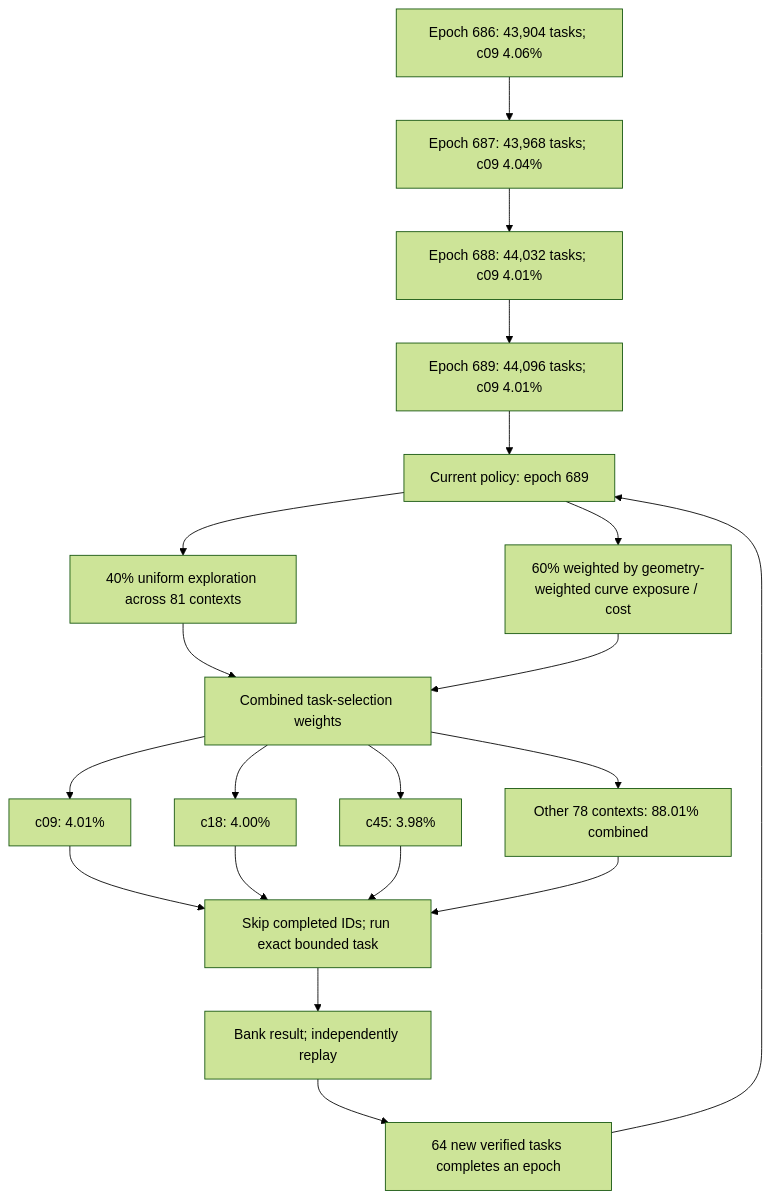
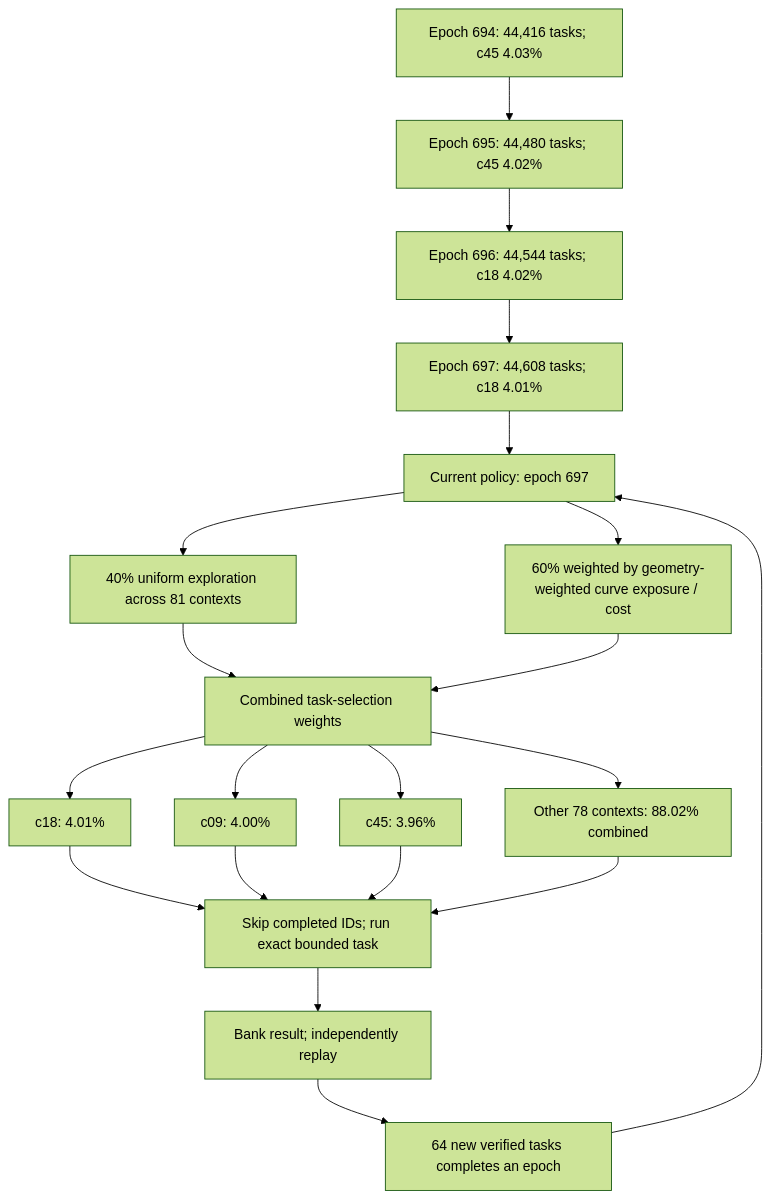
Before and after one commit to Kuberwastaken/math-gambling: the first of 3 diagrams in README.md, drawn with Mermaid (forest theme). The commit also changed other lines of this file and 1135 other files, not shown here.

````diff
--- a/README.md
+++ b/README.md
@@ -55,27 +55,27 @@
 ```mermaid
 flowchart TD
-    H0["Epoch 686: 43,904 tasks; c09 4.06%"]
-    H1["Epoch 687: 43,968 tasks; c09 4.04%"]
+    H0["Epoch 694: 44,416 tasks; c45 4.03%"]
+    H1["Epoch 695: 44,480 tasks; c45 4.02%"]
     H0 --> H1
-    H2["Epoch 688: 44,032 tasks; c09 4.01%"]
+    H2["Epoch 696: 44,544 tasks; c18 4.02%"]
     H1 --> H2
-    H3["Epoch 689: 44,096 tasks; c09 4.01%"]
+    H3["Epoch 697: 44,608 tasks; c18 4.01%"]
     H2 --> H3
-    Policy["Current policy: epoch 689"]
+    Policy["Current policy: epoch 697"]
     H3 --> Policy
     Policy --> Explore["40% uniform exploration across 81 contexts"]
     Policy --> Cost["60% weighted by geometry-weighted curve exposure / cost"]
     Explore --> Mix["Combined task-selection weights"]
     Cost --> Mix
-    Mix --> C0["c09: 4.01%"]
-    Mix --> C1["c18: 4.00%"]
-    Mix --> C2["c45: 3.98%"]
-    Mix --> Rest["Other 78 contexts: 88.01% combined"]
+    Mix --> C0["c18: 4.01%"]
+    Mix --> C1["c09: 4.00%"]
+    Mix --> C2["c45: 3.96%"]
+    Mix --> Rest["Other 78 contexts: 88.02% combined"]
     C0 --> Check["Skip completed IDs; run exact bounded task"]
     C1 --> Check
     C2 --> Check
     Rest --> Check
     Check --> Replay["Bank result; independently replay"]
     Replay --> Gate["64 new verified tasks completes an epoch"]
     Gate --> Policy
 ```
````
